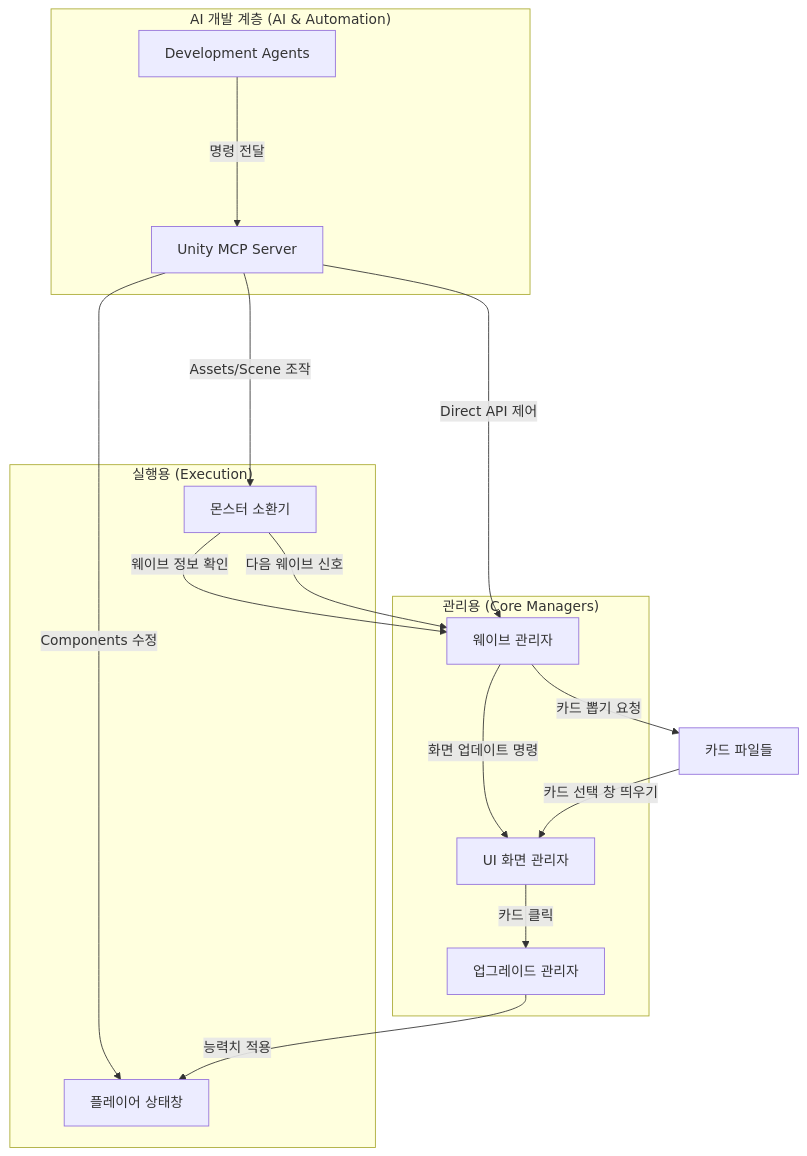
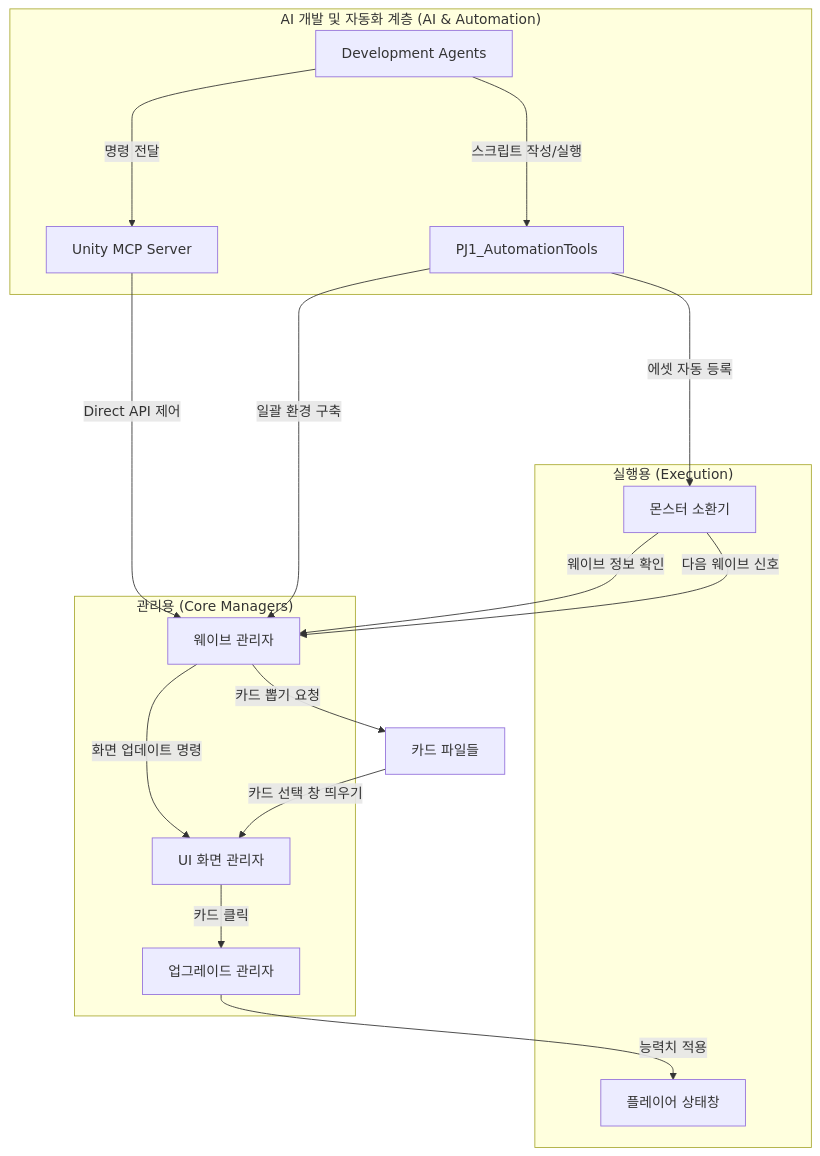
The diagram in directives/Architecture/architecture.md (pdjack/PJ_1), drawn with Mermaid before and after one commit. The commit also changed other lines of this file and 21 other files, not shown here.

Commit message:
feat: implement unity mcp optimization plan and automation tools

````diff
--- a/directives/Architecture/architecture.md
+++ b/directives/Architecture/architecture.md
@@ -57,32 +62,34 @@
 ```mermaid
 graph TD
-    subgraph "AI 개발 계층 (AI & Automation)"
+    subgraph "AI 개발 및 자동화 계층 (AI & Automation)"
         AA[Development Agents]
         MCP[Unity MCP Server]
+        AT[PJ1_AutomationTools]
     end
 
     subgraph "관리용 (Core Managers)"
         WM[웨이브 관리자]
         UM[UI 화면 관리자]
         UpM[업그레이드 관리자]
     end
 
     subgraph "실행용 (Execution)"
         MS[몬스터 소환기]
         PS[플레이어 상태창]
     end
 
-    %% AI 연동 흐름
+    %% AI 연동 및 자동화 흐름
     AA ---->|명령 전달| MCP
+    AA ---->|스크립트 작성/실행| AT
     MCP ---->|Direct API 제어| WM
-    MCP ---->|Assets/Scene 조작| MS
-    MCP ---->|Components 수정| PS
+    AT ---->|일괄 환경 구축| WM
+    AT ---->|에셋 자동 등록| MS
 
     MS -->|웨이브 정보 확인| WM
     WM -->|화면 업데이트 명령| UM
     WM -->|카드 뽑기 요청| CM[카드 파일들]
     CM -->|카드 선택 창 띄우기| UM
     UM -->|카드 클릭| UpM
     UpM -->|능력치 적용| PS
     MS -->|다음 웨이브 신호| WM
 ```
````
